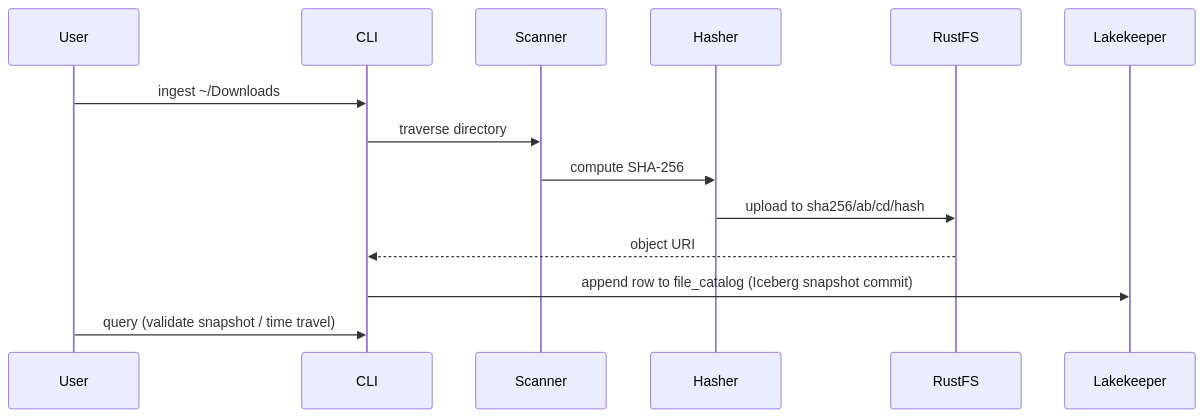
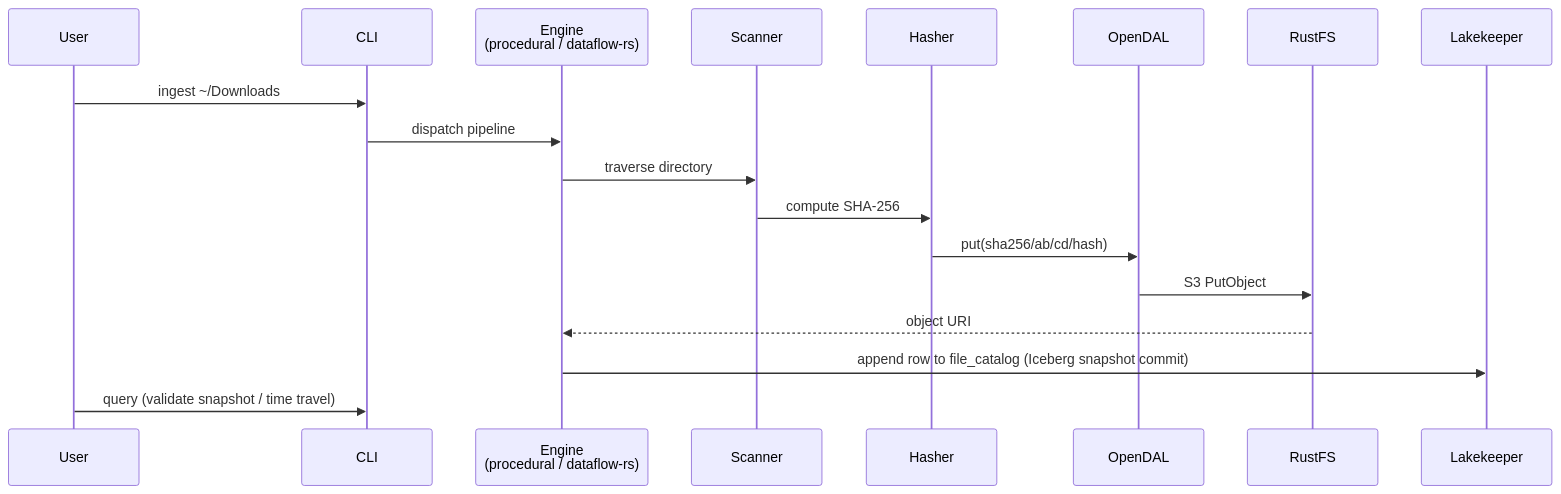
The second of 2 diagrams in docs/design/architecture.md (sm4rtm4art/anti_entropator), drawn with Mermaid before and after one commit. The commit also changed other lines of this file and 16 other files, not shown here.

First line of the commit message:
feat(M1): replace aws-sdk-s3 with OpenDAL unified storage

````diff
--- a/docs/design/architecture.md
+++ b/docs/design/architecture.md
@@ -85,17 +101,21 @@
 ```mermaid
 sequenceDiagram
     participant User
     participant CLI
+    participant Engine as Engine<br/>(procedural / dataflow-rs)
     participant Scanner
     participant Hasher
+    participant OpenDAL
     participant RustFS
     participant Lakekeeper
 
     User->>CLI: ingest ~/Downloads
-    CLI->>Scanner: traverse directory
+    CLI->>Engine: dispatch pipeline
+    Engine->>Scanner: traverse directory
     Scanner->>Hasher: compute SHA-256
-    Hasher->>RustFS: upload to sha256/ab/cd/hash
-    RustFS-->>CLI: object URI
-    CLI->>Lakekeeper: append row to file_catalog (Iceberg snapshot commit)
+    Hasher->>OpenDAL: put(sha256/ab/cd/hash)
+    OpenDAL->>RustFS: S3 PutObject
+    RustFS-->>Engine: object URI
+    Engine->>Lakekeeper: append row to file_catalog (Iceberg snapshot commit)
     User->>CLI: query (validate snapshot / time travel)
 ```
````
